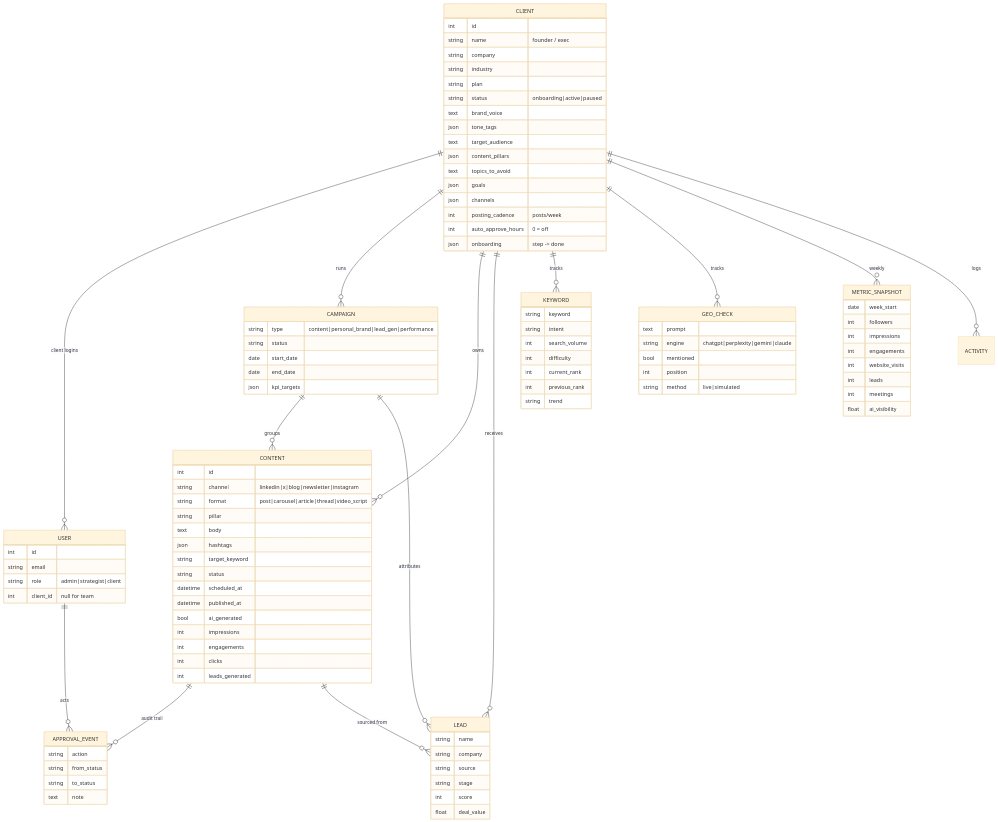
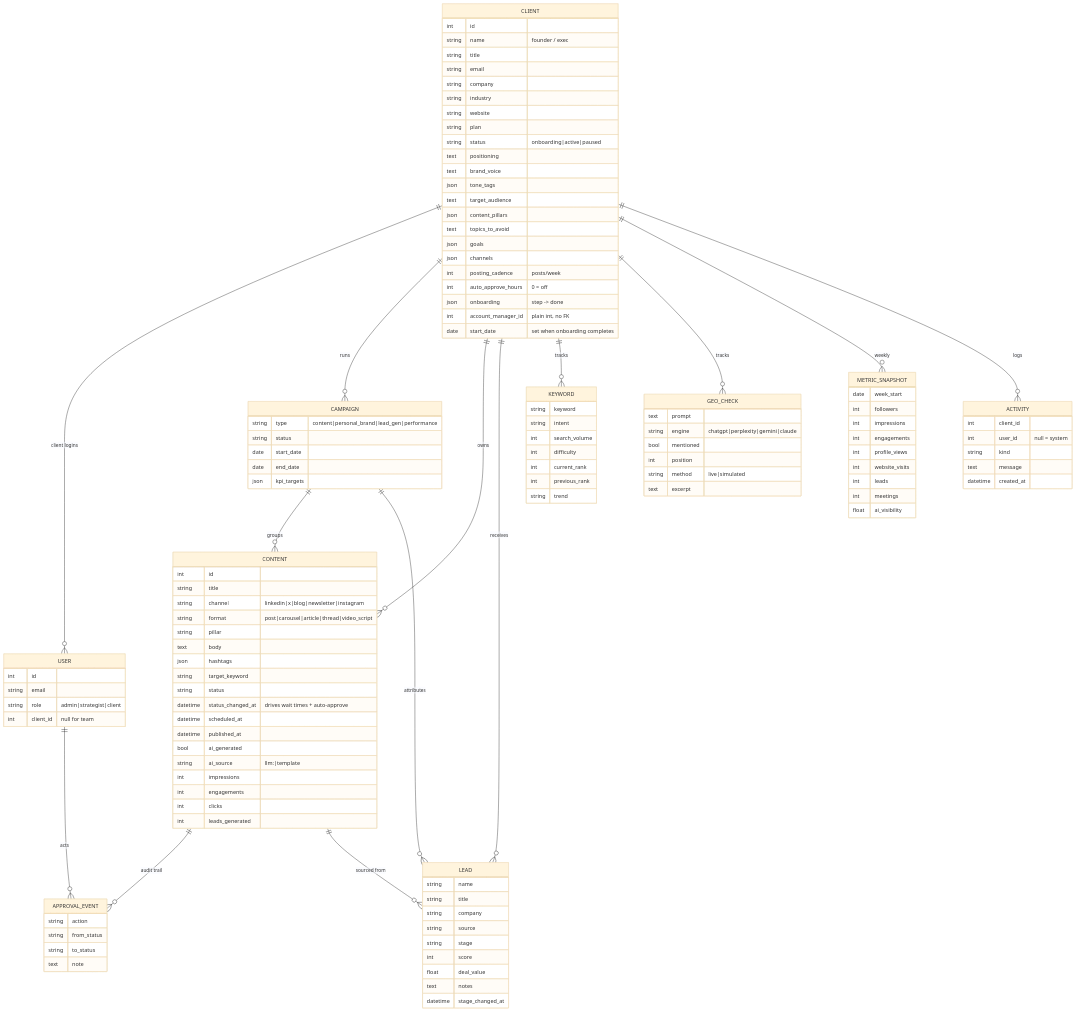
The third of 4 diagrams in docs/ARCHITECTURE.md (KapilPushkar/growth-os), drawn with Mermaid (base theme) before and after one commit. The commit also changed 10 other files, not shown here.

````diff
--- a/docs/ARCHITECTURE.md
+++ b/docs/ARCHITECTURE.md
@@ -128,10 +128,14 @@
   CLIENT {
     int id
     string name "founder / exec"
+    string title
+    string email
     string company
     string industry
+    string website
     string plan
     string status "onboarding|active|paused"
+    text positioning
     text brand_voice
     json tone_tags
     text target_audience
@@ -142,6 +146,8 @@
     int posting_cadence "posts/week"
     int auto_approve_hours "0 = off"
     json onboarding "step -> done"
+    int account_manager_id "plain int, no FK"
+    date start_date "set when onboarding completes"
   }
   USER {
     int id
@@ -151,6 +157,7 @@
   }
   CONTENT {
     int id
+    string title
     string channel "linkedin|x|blog|newsletter|instagram"
     string format "post|carousel|article|thread|video_script"
     string pillar
@@ -158,9 +165,11 @@
     json hashtags
     string target_keyword
     string status
+    datetime status_changed_at "drives wait times + auto-approve"
     datetime scheduled_at
     datetime published_at
     bool ai_generated
+    string ai_source "llm:<provider>|template"
     int impressions
     int engagements
     int clicks
@@ -181,11 +190,14 @@
   }
   LEAD {
     string name
+    string title
     string company
     string source
     string stage
     int score
     float deal_value
+    text notes
+    datetime stage_changed_at
   }
   KEYWORD {
     string keyword
@@ -202,15 +214,24 @@
     bool mentioned
     int position
     string method "live|simulated"
+    text excerpt
   }
   METRIC_SNAPSHOT {
     date week_start
     int followers
     int impressions
     int engagements
+    int profile_views
     int website_visits
     int leads
     int meetings
     float ai_visibility
   }
+  ACTIVITY {
+    int client_id
+    int user_id "null = system"
+    string kind
+    text message
+    datetime created_at
+  }
 ```
````
